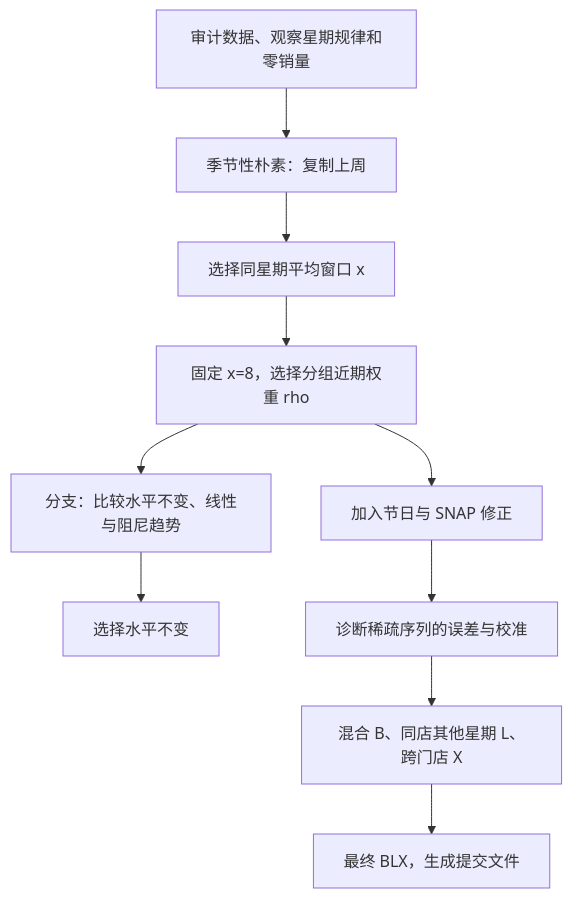
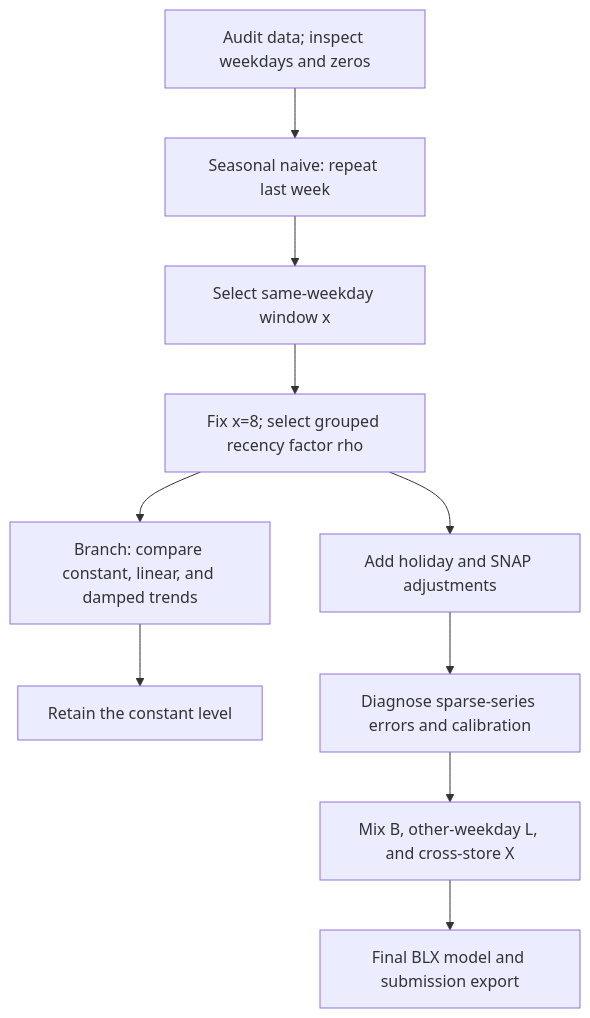
One commit to Gaojiashen/m5-sales-forecasting changed the diagram in README.md. Above: the diagram before and after it, drawn with Mermaid. The commit also changed other lines of this file and 24 other files, not shown here.

```diff
--- a/README.md
+++ b/README.md
@@ -63,12 +63,12 @@
 ~~~mermaid
 flowchart TD
-    A["审计数据、观察星期规律和零销量"] --> B["季节性朴素：复制上周"]
-    B --> C["选择同星期平均窗口 x"]
-    C --> D["固定 x=8，选择分组近期权重 rho"]
-    D --> E["加入节日与 SNAP 修正"]
-    D --> T["分支：比较水平不变、线性与阻尼趋势"]
-    T --> U["选择水平不变"]
-    E --> F["诊断稀疏序列的误差与校准"]
-    F --> G["混合 B、同店其他星期 L、跨门店 X"]
-    G --> H["最终 BLX，生成提交文件"]
+    A["Audit data; inspect weekdays and zeros"] --> B["Seasonal naive: repeat last week"]
+    B --> C["Select same-weekday window x"]
+    C --> D["Fix x=8; select grouped recency factor rho"]
+    D --> E["Add holiday and SNAP adjustments"]
+    D --> T["Branch: compare constant, linear, and damped trends"]
+    T --> U["Retain the constant level"]
+    E --> F["Diagnose sparse-series errors and calibration"]
+    F --> G["Mix B, other-weekday L, and cross-store X"]
+    G --> H["Final BLX model and submission export"]
 ~~~
```
